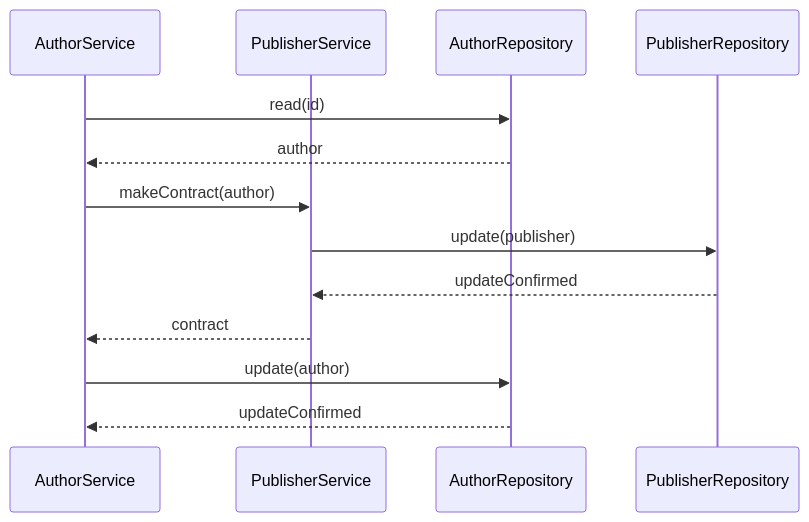
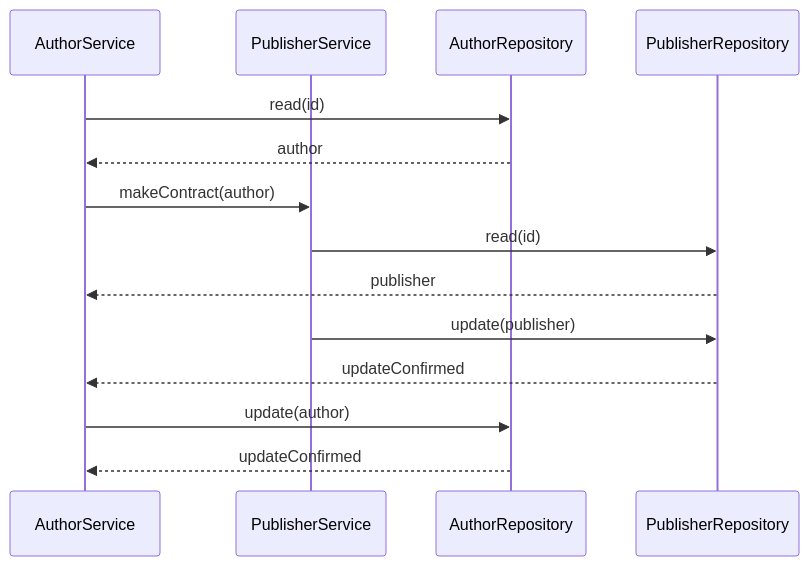
One commit to GlycerolVeinz/SIN changed the first of 3 diagrams in libraryLabsProject/diagrams/sequenceDiagrams.md. Above: the diagram before and after it, drawn with Mermaid. The commit also changed 4 other files, not shown here.

````diff
--- a/libraryLabsProject/diagrams/sequenceDiagrams.md
+++ b/libraryLabsProject/diagrams/sequenceDiagrams.md
@@ -4,18 +4,19 @@
 ```mermaid
 sequenceDiagram
     participant A as AuthorService
     participant P as PublisherService
     participant AR as AuthorRepository
     participant PR as PublisherRepository
     
     A->>AR: read(id)
     AR-->>A: author
     
     A->>P: makeContract(author)
+    P->>PR: read(id)
+    PR-->>A: publisher
     P->>PR: update(publisher)
-    PR-->>P: updateConfirmed
+    PR-->>A: updateConfirmed
     
-    P -->> A: contract
     A ->> AR: update(author)
     AR -->> A: updateConfirmed
 ```
````
